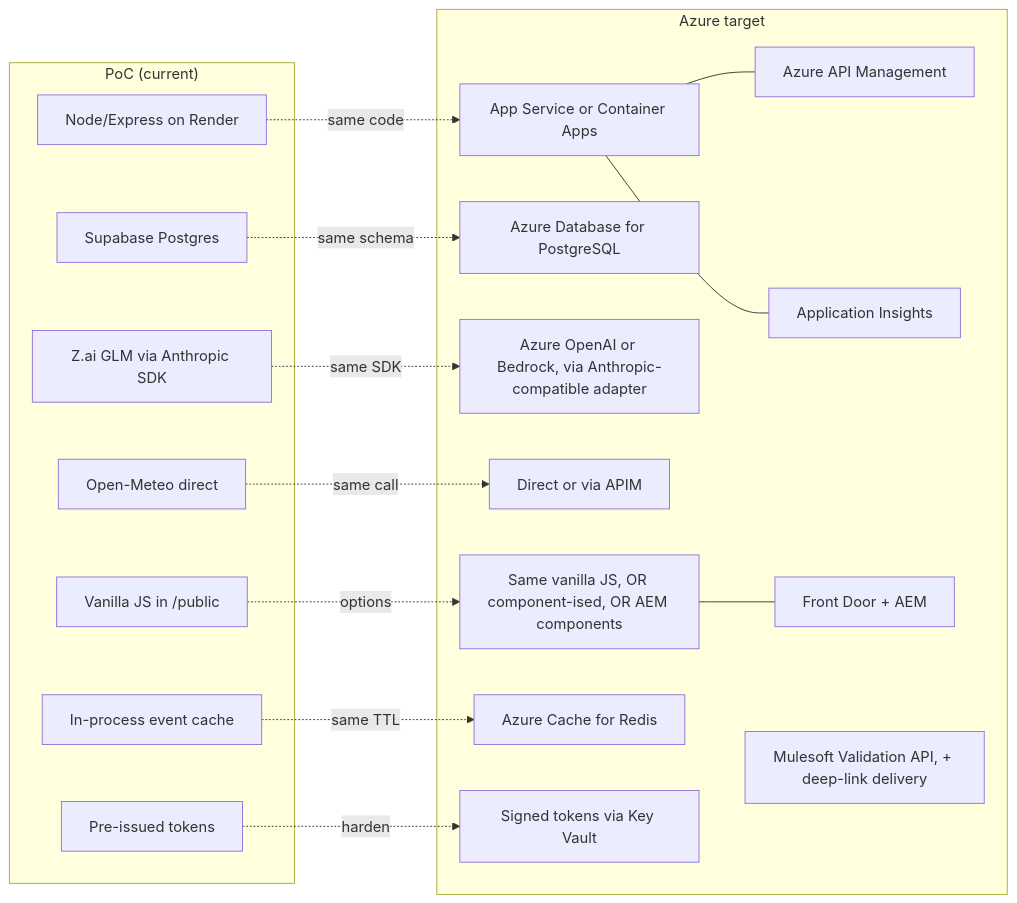
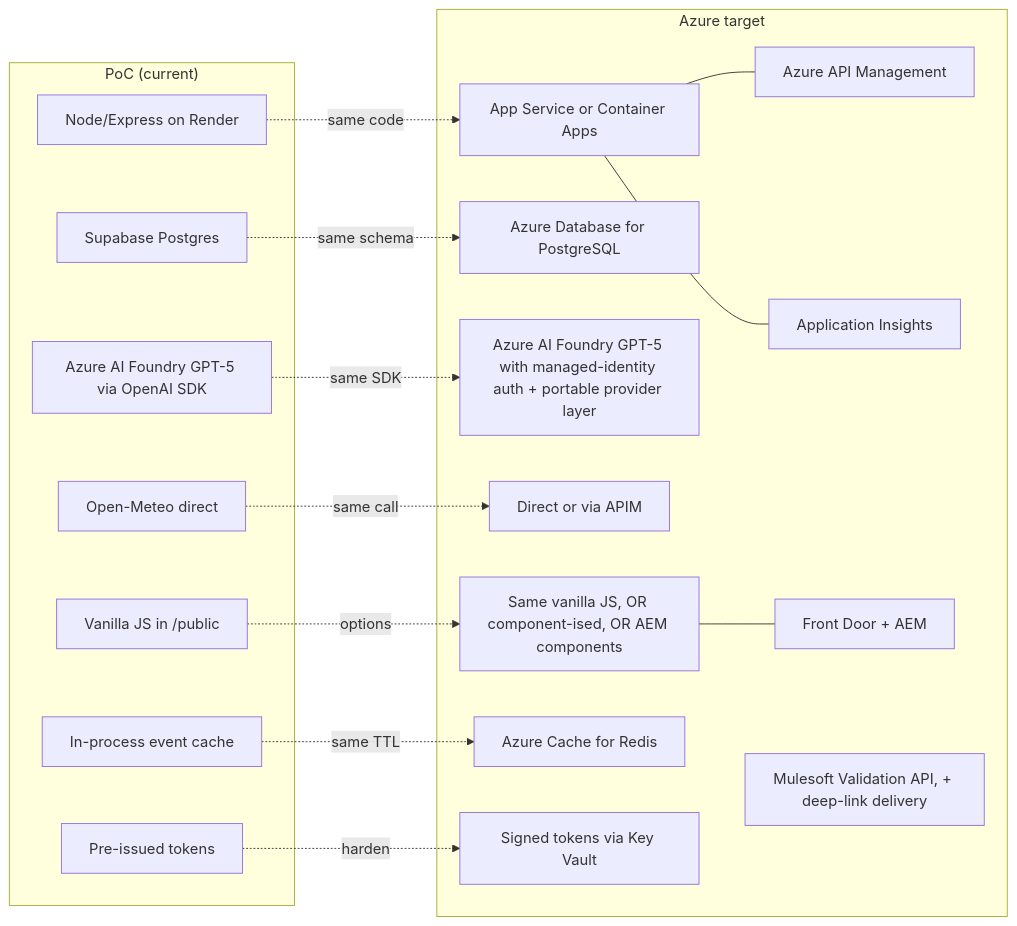
The ninth of 9 diagrams in docs/PoC-Overview-for-Confluence.md (samhud1999/leisure-concierge), drawn with Mermaid before and after one commit. The commit also changed other lines of this file and 20 other files, not shown here.

````diff
--- a/docs/PoC-Overview-for-Confluence.md
+++ b/docs/PoC-Overview-for-Confluence.md
@@ -469,37 +469,37 @@
 ```mermaid
 graph LR
   subgraph "PoC (current)"
     P1[Node/Express on Render]
     P2[Supabase Postgres]
-    P3[Z.ai GLM via Anthropic SDK]
+    P3[Azure AI Foundry GPT-5 via OpenAI SDK]
     P4[Open-Meteo direct]
     P5[Vanilla JS in /public]
     P6[In-process event cache]
     P7[Pre-issued tokens]
   end
 
   subgraph "Azure target"
     A1[App Service or Container Apps]
     A2[Azure Database for PostgreSQL]
-    A3[Azure OpenAI or Bedrock, via Anthropic-compatible adapter]
+    A3[Azure AI Foundry GPT-5 with managed-identity auth + portable provider layer]
     A4[Direct or via APIM]
     A5[Same vanilla JS, OR component-ised, OR AEM components]
     A6[Azure Cache for Redis]
     A7[Signed tokens via Key Vault]
     A8[Azure API Management]
     A9[Application Insights]
     A10[Front Door + AEM]
     AV[Mulesoft Validation API, + deep-link delivery]
   end
 
   P1 -.same code.-> A1
   P2 -.same schema.-> A2
   P3 -.same SDK.-> A3
   P4 -.same call.-> A4
   P5 -.options.-> A5
   P6 -.same TTL.-> A6
   P7 -.harden.-> A7
   A1 --- A8
   A1 --- A9
   A5 --- A10
 ```
````
